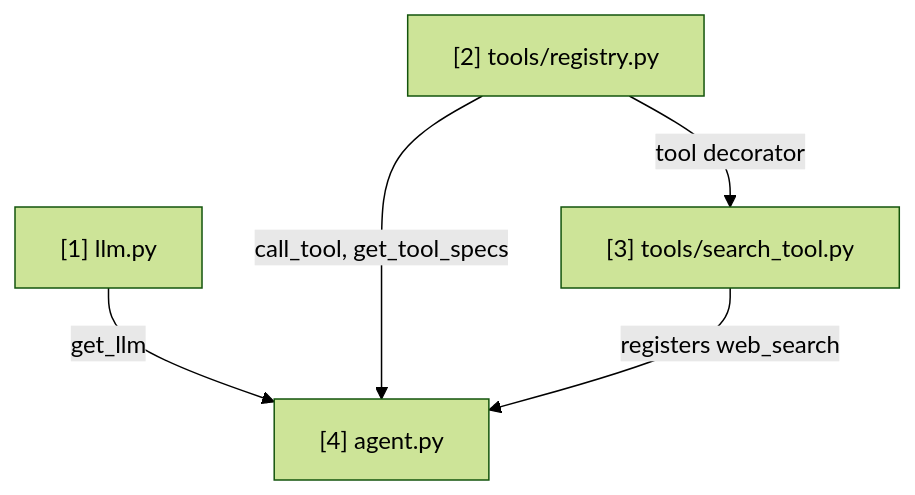
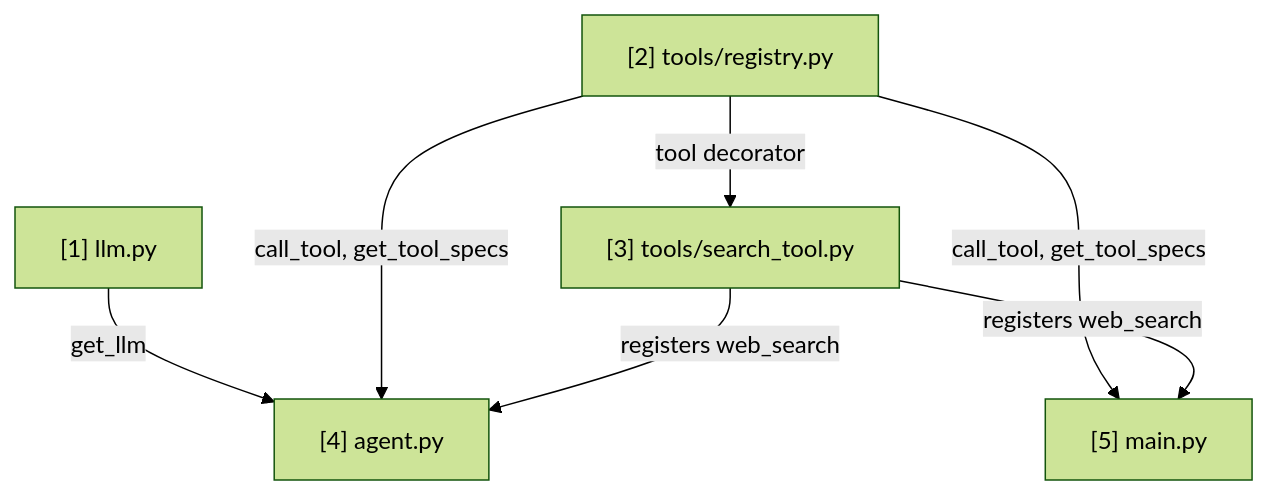
Before and after one commit to viplav-artha/tools: the diagram in NOTES.md, drawn with Mermaid (forest theme). The commit also changed other lines of this file and 6 other files, not shown here.

````diff
--- a/NOTES.md
+++ b/NOTES.md
@@ -80,11 +87,14 @@
 ```mermaid
 graph TD
     n1["[1] llm.py"]
     n2["[2] tools/registry.py"]
     n3["[3] tools/search_tool.py"]
     n4["[4] agent.py"]
+    n5["[5] main.py"]
     n2 -->|tool decorator| n3
     n1 -->|get_llm| n4
     n2 -->|call_tool, get_tool_specs| n4
     n3 -->|registers web_search| n4
+    n2 -->|call_tool, get_tool_specs| n5
+    n3 -->|registers web_search| n5
 ```
````
